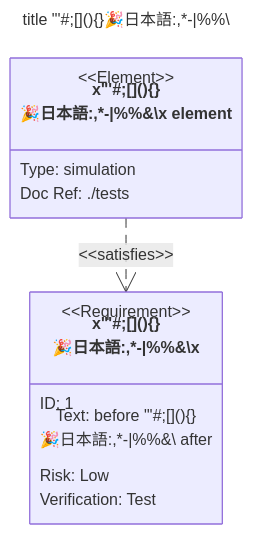
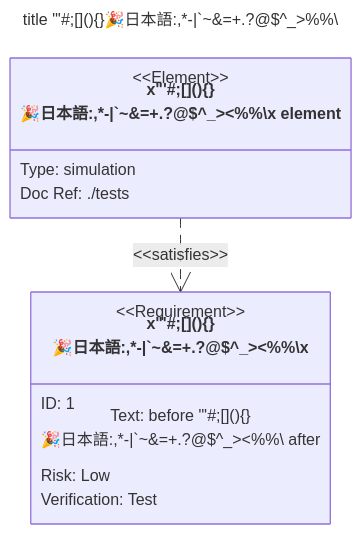
The diagram in doc/edgecase/requirement.md (nao1215/markdown), drawn with Mermaid before and after one commit. The commit also changed other lines of this file and 86 other files, not shown here.

First line of the commit message:
fix(mermaid): escape the labels the extended probe set found unreadable (#188)

````diff
--- a/doc/edgecase/requirement.md
+++ b/doc/edgecase/requirement.md
@@ -5,17 +5,17 @@
 ```mermaid
 ---
-title: "title \"'#;[](){}🎉日本語:,*-|%%\\"
+title: "title \"'#;[](){}🎉日本語:,*-|`~&=+.?@$^_>%%\\"
 ---
 requirementDiagram
-    requirement "x&quot;'#;[](){}<br/>🎉日本語:,*-|%%&#92;x" {
+    requirement "x&quot;'#;[](){}<br/>🎉日本語:,*-|`~&=+.?@$^_>#60;%%#92;x" {
         id: "1"
-        text: "before &quot;'#;[](){}<br/>🎉日本語:,*-|%%&#92; after"
+        text: "before &quot;'#;[](){}<br/>🎉日本語:,*-|`~&=+.?@$^_>#60;%%#92; after"
         risk: Low
         verifymethod: Test
     }
-    element "x&quot;'#;[](){}<br/>🎉日本語:,*-|%%&#92;x element" {
+    element "x&quot;'#;[](){}<br/>🎉日本語:,*-|`~&=+.?@$^_>#60;%%#92;x element" {
         type: "simulation"
         docRef: "./tests"
     }
-    "x&quot;'#;[](){}<br/>🎉日本語:,*-|%%&#92;x element" - satisfies -> "x&quot;'#;[](){}<br/>🎉日本語:,*-|%%&#92;x"
+    "x&quot;'#;[](){}<br/>🎉日本語:,*-|`~&=+.?@$^_>#60;%%#92;x element" - satisfies -> "x&quot;'#;[](){}<br/>🎉日本語:,*-|`~&=+.?@$^_>#60;%%#92;x"
 ```
````
